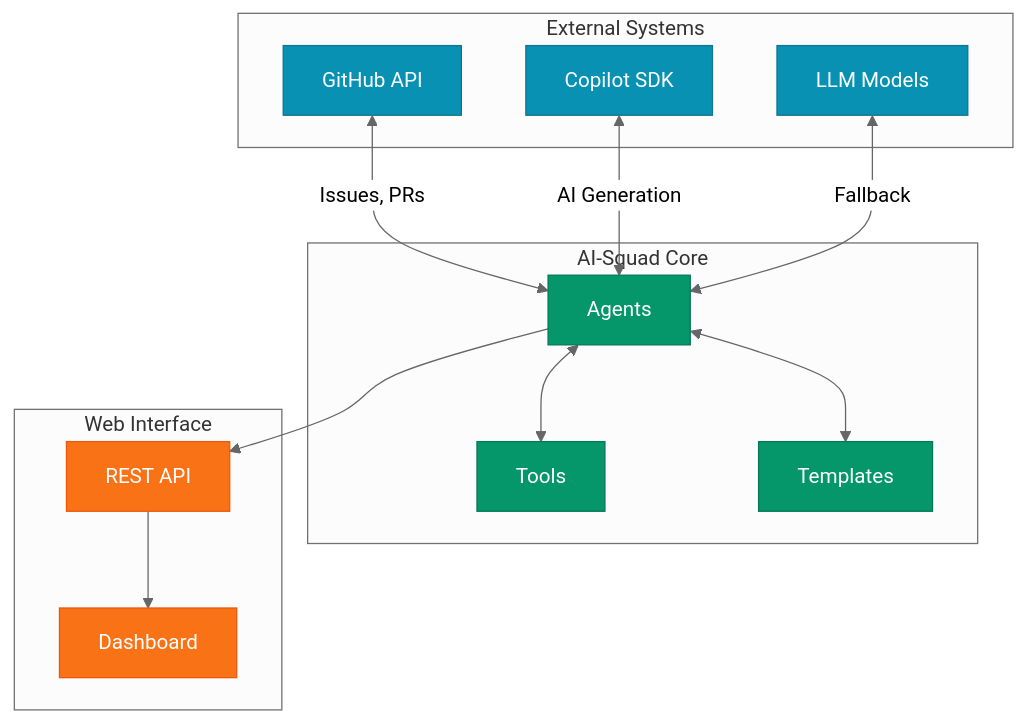
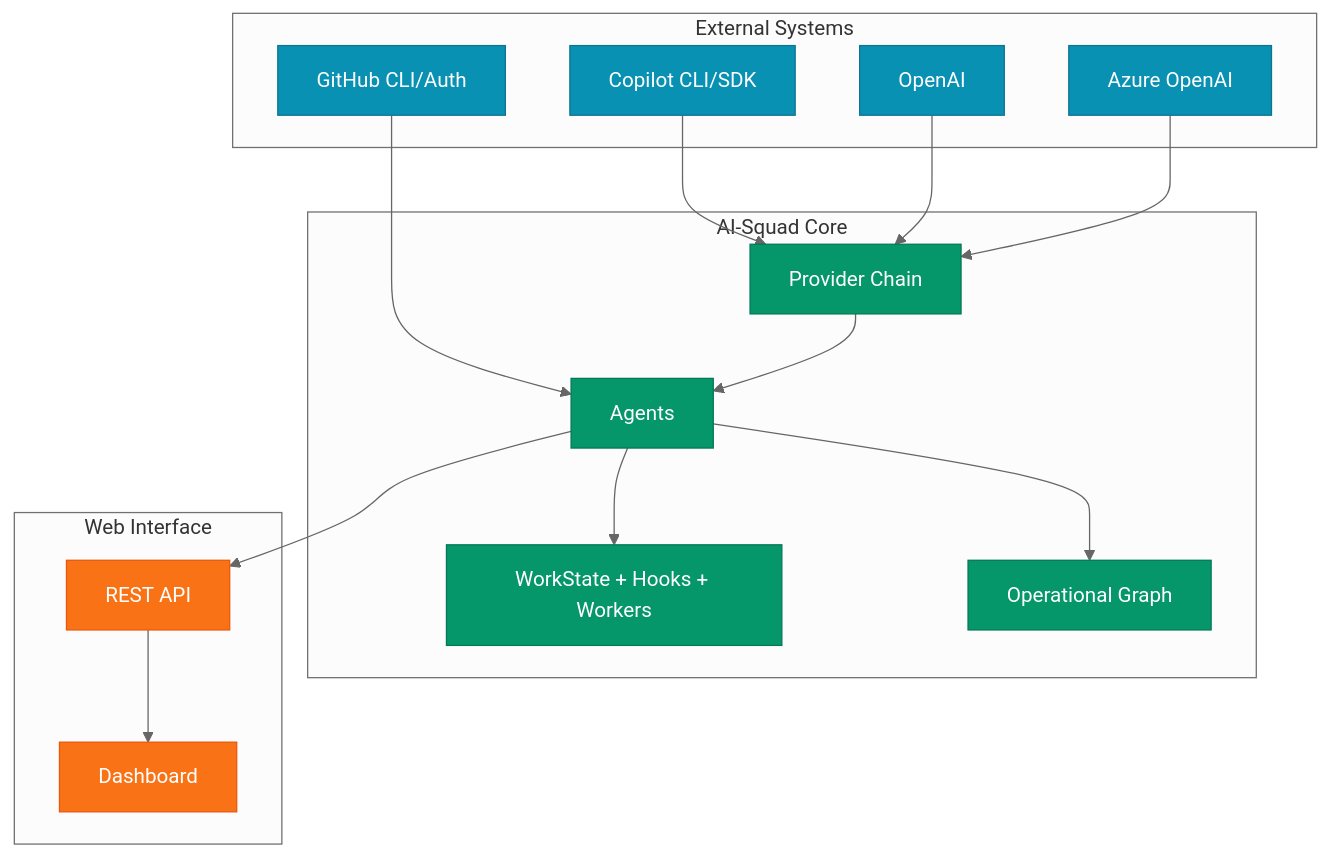
One commit to jnPiyush/AI-Squad changed the fourth of 4 diagrams in docs/architecture/ARCHITECTURE-DIAGRAMS.md. Above: the diagram before and after it, drawn with Mermaid (neutral theme). The commit also changed other lines of this file and 33 other files, not shown here.

````diff
--- a/docs/architecture/ARCHITECTURE-DIAGRAMS.md
+++ b/docs/architecture/ARCHITECTURE-DIAGRAMS.md
@@ -498,37 +185,39 @@
 ```mermaid
 graph TB
     subgraph "External Systems"
-        GitHub[GitHub API]
-        SDK[Copilot SDK]
-        LLM[LLM Models]
+        GitHub[GitHub CLI/Auth]
+        Copilot[Copilot CLI/SDK]
+        OpenAI[OpenAI]
+        Azure[Azure OpenAI]
     end
     
     subgraph "AI-Squad Core"
         Agents[Agents]
-        Tools[Tools]
-        Templates[Templates]
+        Providers[Provider Chain]
+        WorkState[WorkState + Hooks + Workers]
+        Graph[Operational Graph]
     end
     
     subgraph "Web Interface"
         Dashboard[Dashboard]
         API[REST API]
     end
     
-    GitHub <-->|Issues, PRs| Agents
-    SDK <-->|AI Generation| Agents
-    LLM <-->|Fallback| Agents
-    
-    Agents <--> Tools
-    Agents <--> Templates
-    
+    GitHub --> Agents
+    Copilot --> Providers
+    OpenAI --> Providers
+    Azure --> Providers
+    Providers --> Agents
+    Agents --> WorkState
+    Agents --> Graph
+    Agents --> API
     API --> Dashboard
-    Agents --> API
     
     classDef external fill:#0891b2,stroke:#0e7490,color:#fff
     classDef core fill:#059669,stroke:#047857,color:#fff
     classDef web fill:#f97316,stroke:#ea580c,color:#fff
     
-    class GitHub,SDK,LLM external
-    class Agents,Tools,Templates core
+    class GitHub,Copilot,OpenAI,Azure external
+    class Agents,Providers,WorkState,Graph core
     class Dashboard,API web
 ```
````
